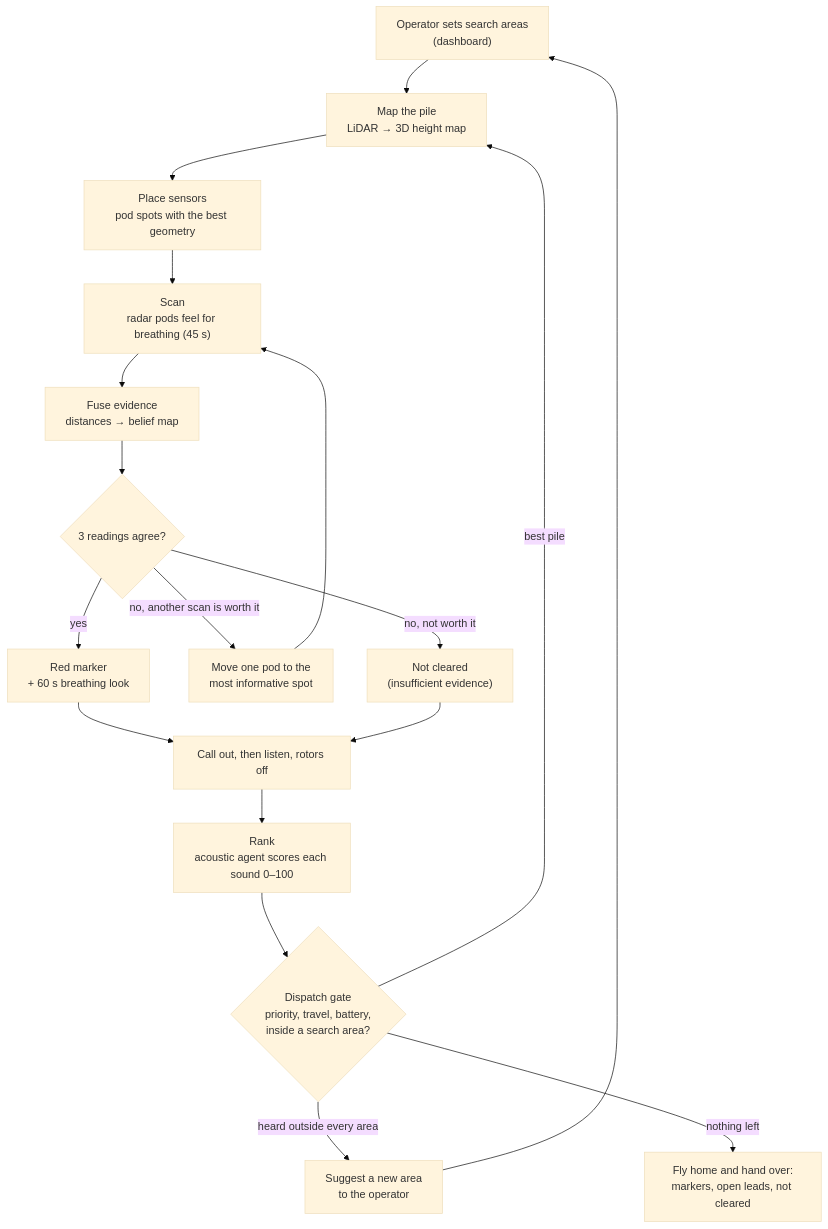
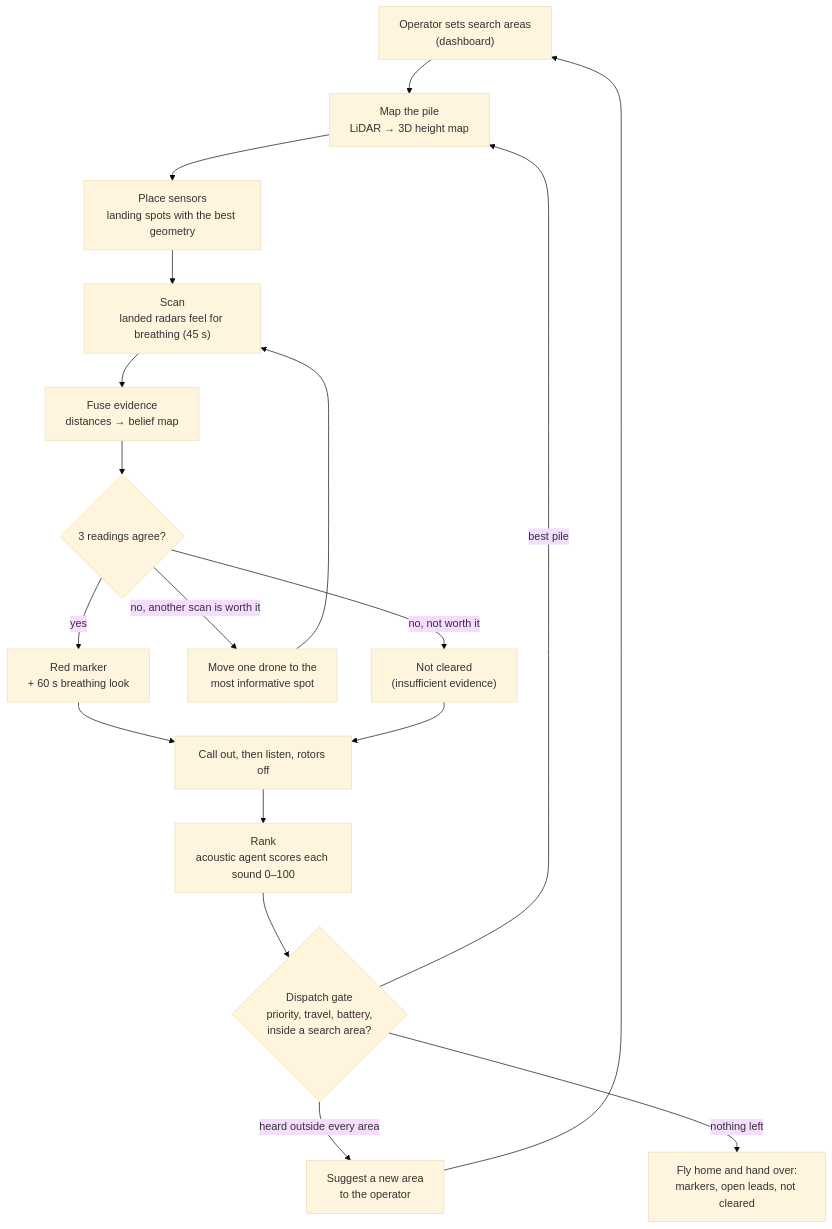
Before and after one commit to rohansharmacode/skysearch: the first of 2 diagrams in larpverse/docs/SIMULATION_EXPLAINED.md, drawn with Mermaid (base theme). The commit also changed other lines of this file and 37 other files, not shown here.

First line of the commit message:
larpverse: docs+HUD: radar is mounted on the drone (lands on a flat rubble spot, belly radar scans down); retire winch-pod wording, text only

````diff
--- a/larpverse/docs/SIMULATION_EXPLAINED.md
+++ b/larpverse/docs/SIMULATION_EXPLAINED.md
@@ -141,18 +141,18 @@
 ```mermaid
 flowchart TD
     OP["Operator sets search areas<br/>(dashboard)"] --> MAP
     MAP["Map the pile<br/>LiDAR → 3D height map"] --> PLACE
-    PLACE["Place sensors<br/>pod spots with the best geometry"] --> SCAN
-    SCAN["Scan<br/>radar pods feel for breathing (45 s)"] --> FUSE
+    PLACE["Place sensors<br/>landing spots with the best geometry"] --> SCAN
+    SCAN["Scan<br/>landed radars feel for breathing (45 s)"] --> FUSE
     FUSE["Fuse evidence<br/>distances → belief map"] --> Q{"3 readings agree?"}
     Q -- "yes" --> PING["Red marker<br/>+ 60 s breathing look"]
-    Q -- "no, another scan is worth it" --> MOVE["Move one pod to the<br/>most informative spot"] --> SCAN
+    Q -- "no, another scan is worth it" --> MOVE["Move one drone to the<br/>most informative spot"] --> SCAN
     Q -- "no, not worth it" --> NC["Not cleared<br/>(insufficient evidence)"]
     PING --> LISTEN
     NC --> LISTEN
     LISTEN["Call out, then listen, rotors off"] --> RANK
     RANK["Rank<br/>acoustic agent scores each sound 0–100"] --> GATE{"Dispatch gate<br/>priority, travel, battery,<br/>inside a search area?"}
     GATE -- "best pile" --> MAP
     GATE -- "heard outside every area" --> SUG["Suggest a new area<br/>to the operator"] --> OP
     GATE -- "nothing left" --> HOME["Fly home and hand over:<br/>markers, open leads, not cleared"]
 ```
````
